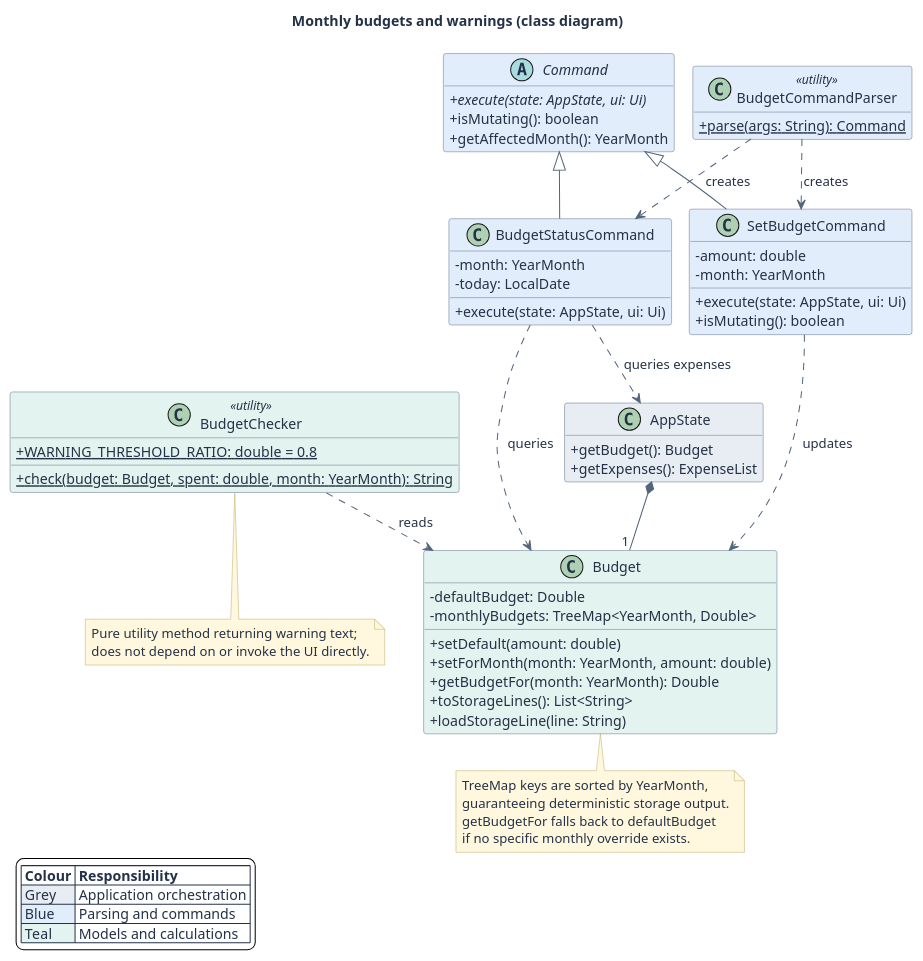
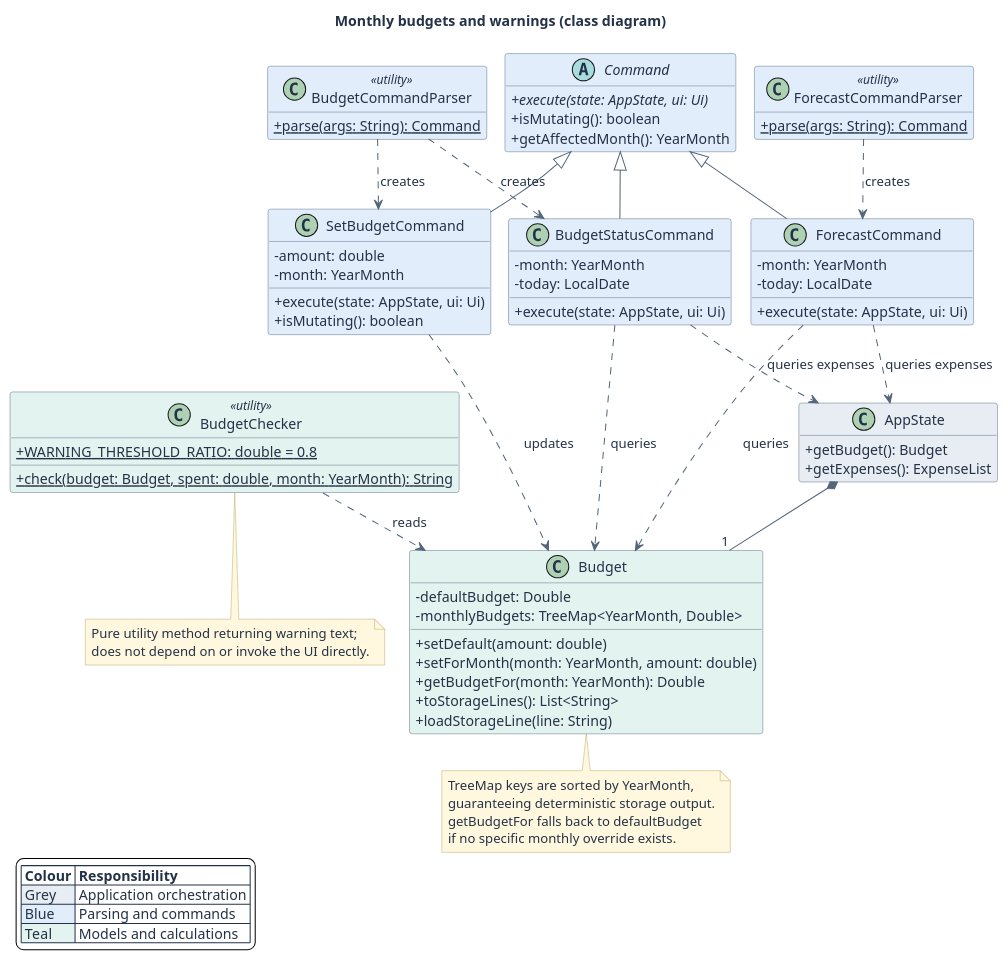
Before and after one commit to AY2627S1-CS2113-W10-1/tp: the diagram in docs/diagrams/BudgetClassDiagram.puml, drawn with PlantUML. The commit also changed 5 other files, not shown here.

```diff
--- a/docs/diagrams/BudgetClassDiagram.puml
+++ b/docs/diagrams/BudgetClassDiagram.puml
@@ -1,89 +1,103 @@
 @startuml
 !pragma layout smetana
 skinparam backgroundColor #FFFFFF
 skinparam defaultFontColor #243247
 skinparam ArrowColor #53657A
 skinparam NoteBackgroundColor #FFF8DE
 skinparam NoteBorderColor #BDAA65
 skinparam classBorderColor #60758A
 skinparam classBackgroundColor #E3F3EF
 skinparam classHeaderBackgroundColor #E3F3EF
 skinparam shadowing false
 skinparam classAttributeIconSize 0
 hide empty members
 
 title Monthly budgets and warnings (class diagram)
 
 class AppState #E8EDF3 {
   +getBudget(): Budget
   +getExpenses(): ExpenseList
 }
 
 class Budget #E3F3EF {
   -defaultBudget: Double
   -monthlyBudgets: TreeMap<YearMonth, Double>
   +setDefault(amount: double)
   +setForMonth(month: YearMonth, amount: double)
   +getBudgetFor(month: YearMonth): Double
   +toStorageLines(): List<String>
   +loadStorageLine(line: String)
 }
 
 class BudgetChecker <<utility>> {
   +{static} WARNING_THRESHOLD_RATIO: double = 0.8
   +{static} check(budget: Budget, spent: double, month: YearMonth): String
 }
 
 abstract class Command #E2EDFC {
   +{abstract} execute(state: AppState, ui: Ui)
   +isMutating(): boolean
   +getAffectedMonth(): YearMonth
 }
 
 class SetBudgetCommand #E2EDFC {
   -amount: double
   -month: YearMonth
   +execute(state: AppState, ui: Ui)
   +isMutating(): boolean
 }
 
 class BudgetStatusCommand #E2EDFC {
   -month: YearMonth
   -today: LocalDate
   +execute(state: AppState, ui: Ui)
 }
 
 class BudgetCommandParser <<utility>> #E2EDFC {
   +{static} parse(args: String): Command
 }
 
+class ForecastCommand #E2EDFC {
+  -month: YearMonth
+  -today: LocalDate
+  +execute(state: AppState, ui: Ui)
+}
+
+class ForecastCommandParser <<utility>> #E2EDFC {
+  +{static} parse(args: String): Command
+}
+
 AppState *-- "1" Budget
 Command <|-- SetBudgetCommand
 Command <|-- BudgetStatusCommand
+Command <|-- ForecastCommand
 BudgetCommandParser ..> SetBudgetCommand : creates >
 BudgetCommandParser ..> BudgetStatusCommand : creates >
+ForecastCommandParser ..> ForecastCommand : creates >
 SetBudgetCommand ..> Budget : updates >
 BudgetStatusCommand ..> Budget : queries >
 BudgetStatusCommand ..> AppState : queries expenses >
+ForecastCommand ..> Budget : queries >
+ForecastCommand ..> AppState : queries expenses >
 BudgetChecker ..> Budget : reads >
 
 note bottom of Budget
   TreeMap keys are sorted by YearMonth,
   guaranteeing deterministic storage output.
   getBudgetFor falls back to defaultBudget
   if no specific monthly override exists.
 end note
 
 note bottom of BudgetChecker
   Pure utility method returning warning text;
   does not depend on or invoke the UI directly.
 end note
 
 legend bottom left
   |= Colour |= Responsibility |
   |<#E8EDF3> Grey | Application orchestration |
   |<#E2EDFC> Blue | Parsing and commands |
   |<#E3F3EF> Teal | Models and calculations |
 endlegend
 
 @enduml
```
